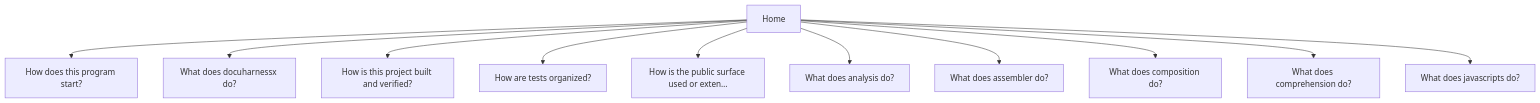
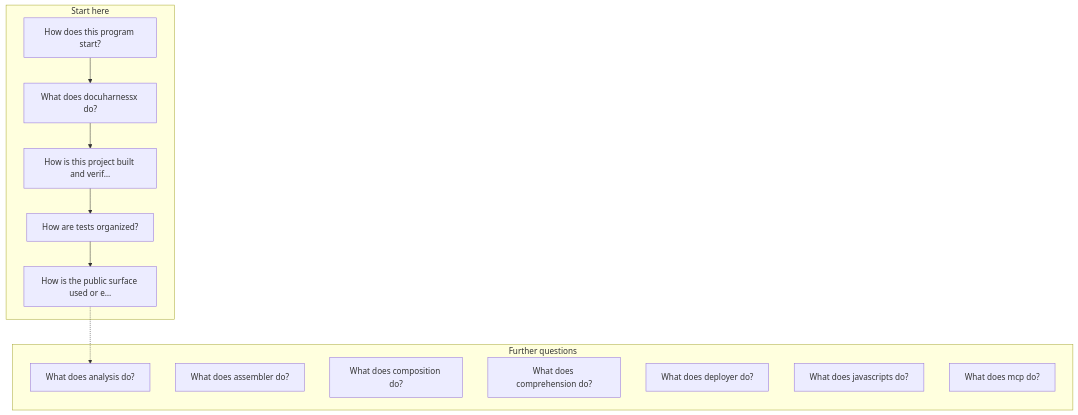
The fifth of 9 diagrams in docs/index.md (norandom/DocuHarnessX), drawn with Mermaid before and after one commit. The commit also changed other lines of this file and 16 other files, not shown here.

First line of the commit message:
feat(comprehension-visuals): enterprise C4-style architecture diagrams

````diff
--- a/docs/index.md
+++ b/docs/index.md
@@ -90,24 +142,29 @@
 ```mermaid
 flowchart TB
-  n0["Home"]
-  n1["How does this program start?"]
-  n2["What does docuharnessx do?"]
-  n3["How is this project built and verified?"]
-  n4["How are tests organized?"]
-  n5["How is the public surface used or exten…"]
-  n6["What does analysis do?"]
-  n7["What does assembler do?"]
-  n8["What does composition do?"]
-  n9["What does comprehension do?"]
-  n10["What does javascripts do?"]
-  n0 --> n1
-  n0 --> n2
-  n0 --> n3
-  n0 --> n4
-  n0 --> n5
-  n0 --> n6
-  n0 --> n7
-  n0 --> n8
-  n0 --> n9
-  n0 --> n10
+  subgraph start["Start here"]
+    s0["How does this program start?"]
+    s1["What does docuharnessx do?"]
+    s2["How is this project built and verif…"]
+    s3["How are tests organized?"]
+    s4["How is the public surface used or e…"]
+  end
+  s0 --> s1
+  s1 --> s2
+  s2 --> s3
+  s3 --> s4
+  subgraph more["Further questions"]
+    m0["What does analysis do?"]
+    m1["What does assembler do?"]
+    m2["What does composition do?"]
+    m3["What does comprehension do?"]
+    m4["What does deployer do?"]
+    m5["What does javascripts do?"]
+    m6["What does mcp do?"]
+  end
+  s4 -.-> m0
+  classDef actor fill:#0F172A,stroke:#020617,color:#FFFFFF
+  classDef system fill:#1E3A8A,stroke:#1E3A8A,color:#FFFFFF
+  classDef container fill:#EEF2FF,stroke:#1E3A8A,color:#0F172A
+  classDef external fill:#F8FAFC,stroke:#64748B,color:#0F172A
+  classDef store fill:#E2E8F0,stroke:#334155,color:#0F172A
 ```
````
